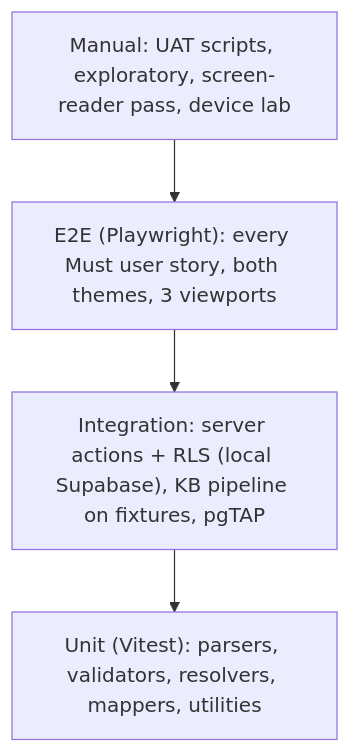
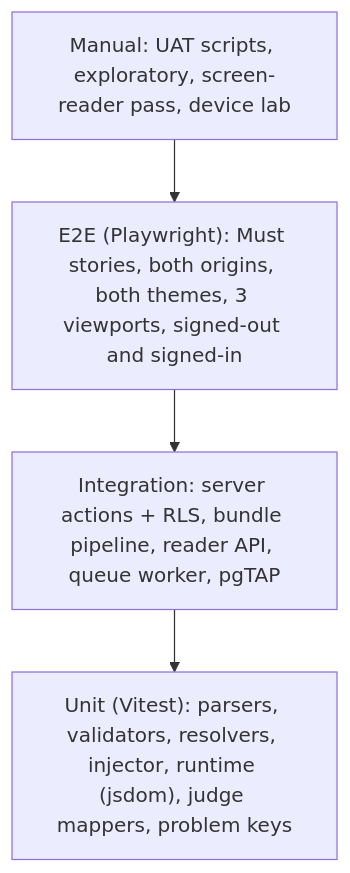
The diagram in docs/15-testing-and-qa.md (eyasir329/portfolio), drawn with Mermaid before and after one commit. The commit also changed other lines of this file and 25 other files, not shown here.

````diff
--- a/docs/15-testing-and-qa.md
+++ b/docs/15-testing-and-qa.md
@@ -9,7 +13,7 @@
 ```mermaid
 flowchart TB
   M["Manual: UAT scripts, exploratory, screen-reader pass, device lab"] --> E2E
-  E2E["E2E (Playwright): every Must user story, both themes, 3 viewports"] --> INT
-  INT["Integration: server actions + RLS (local Supabase), KB pipeline on fixtures, pgTAP"] --> UNIT
-  UNIT["Unit (Vitest): parsers, validators, resolvers, mappers, utilities"]
+  E2E["E2E (Playwright): Must stories, both origins, both themes, 3 viewports, signed-out and signed-in"] --> INT
+  INT["Integration: server actions + RLS, bundle pipeline, reader API, queue worker, pgTAP"] --> UNIT
+  UNIT["Unit (Vitest): parsers, validators, resolvers, injector, runtime (jsdom), judge mappers, problem keys"]
 ```
````
